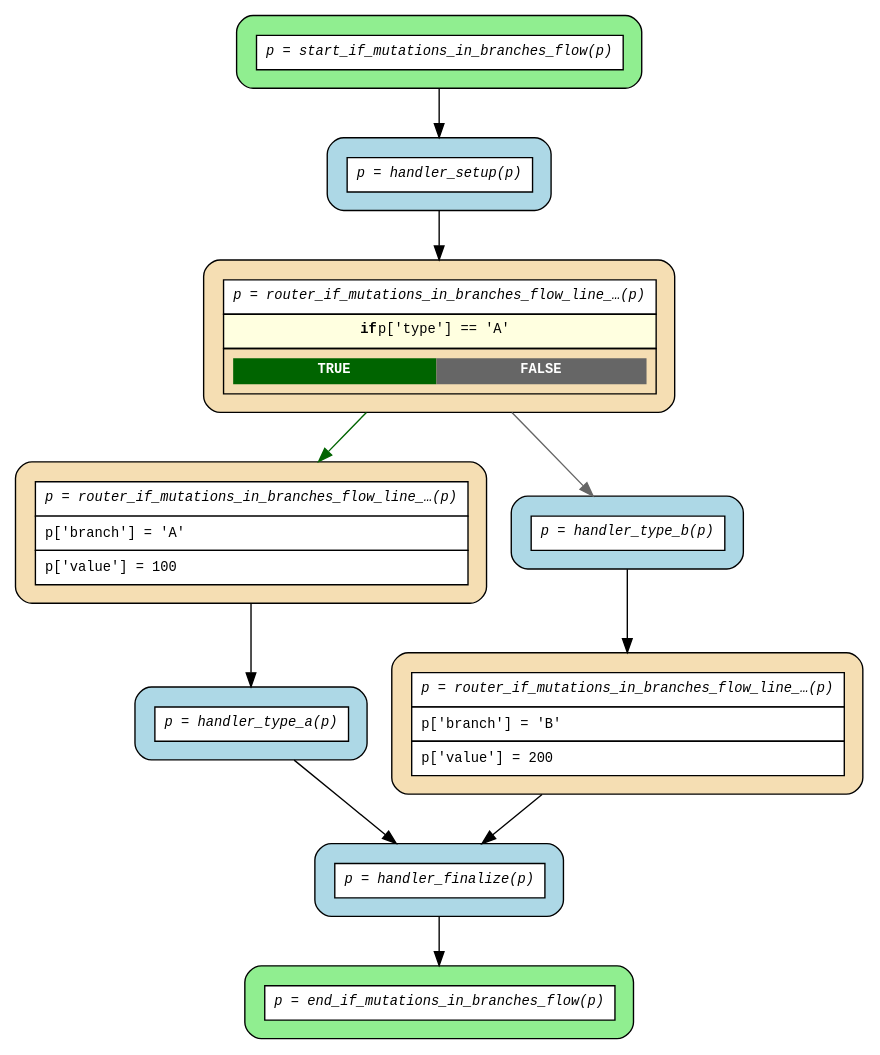
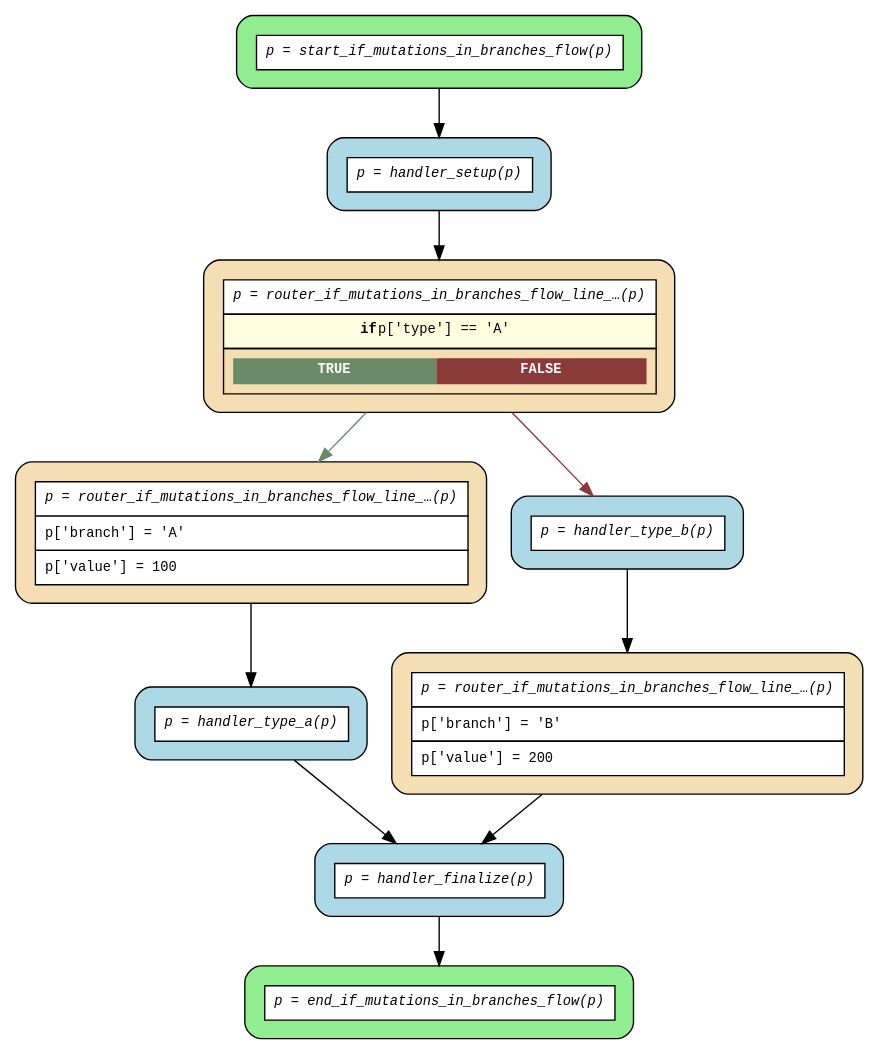
One commit to deliveryhero/asya changed the diagram in examples/flows/compiled/if_mutations_in_branches/flow.dot. Above: the diagram before and after it, drawn with Graphviz. The commit also changed 59 other files, not shown here.

```diff
--- a/examples/flows/compiled/if_mutations_in_branches/flow.dot
+++ b/examples/flows/compiled/if_mutations_in_branches/flow.dot
@@ -1,26 +1,26 @@
 digraph flow {
   rankdir=TB;
   graph [fontname="Courier", fontsize=10];
   node [fontname="Courier", fontsize=10, shape=box, style="filled,rounded", margin="0.2"];
   edge [fontname="Courier", fontsize=10];
 
   start_if_mutations_in_branches_flow [fillcolor="lightgreen", label=<<table border="0" cellspacing="0" cellpadding="6" cellborder="1"><tr><td bgcolor="white" align="center"><i>p = start_if_mutations_in_branches_flow(p)</i></td></tr></table>>];
   router_if_mutations_in_branches_flow_line_11_seq [fillcolor="wheat", label=<<table border="0" cellspacing="0" cellpadding="6" cellborder="1"><tr><td bgcolor="white" align="center"><i>p = router_if_mutations_in_branches_flow_line_…(p)</i></td></tr><tr><td bgcolor="white" align="left">p['branch'] = 'A'</td></tr><tr><td bgcolor="white" align="left">p['value'] = 100</td></tr></table>>];
   router_if_mutations_in_branches_flow_line_16_seq [fillcolor="wheat", label=<<table border="0" cellspacing="0" cellpadding="6" cellborder="1"><tr><td bgcolor="white" align="center"><i>p = router_if_mutations_in_branches_flow_line_…(p)</i></td></tr><tr><td bgcolor="white" align="left">p['branch'] = 'B'</td></tr><tr><td bgcolor="white" align="left">p['value'] = 200</td></tr></table>>];
-  router_if_mutations_in_branches_flow_line_10_if [fillcolor="wheat", label=<<table border="0" cellspacing="0" cellpadding="6" cellborder="1"><tr><td bgcolor="white" align="center"><i>p = router_if_mutations_in_branches_flow_line_…(p)</i></td></tr><tr><td bgcolor="lightyellow"><b>if</b> p['type'] == 'A'</td></tr><tr><td><table border="0" cellspacing="0" cellpadding="4"><tr><td bgcolor="darkgreen"><font color="white"><b>TRUE</b></font></td><td bgcolor="gray40"><font color="white"><b>FALSE</b></font></td></tr></table></td></tr></table>>];
+  router_if_mutations_in_branches_flow_line_10_if [fillcolor="wheat", label=<<table border="0" cellspacing="0" cellpadding="6" cellborder="1"><tr><td bgcolor="white" align="center"><i>p = router_if_mutations_in_branches_flow_line_…(p)</i></td></tr><tr><td bgcolor="lightyellow"><b>if</b> p['type'] == 'A'</td></tr><tr><td><table border="0" cellspacing="0" cellpadding="4"><tr><td bgcolor="darkseagreen4"><font color="white"><b>TRUE</b></font></td><td bgcolor="indianred4"><font color="white"><b>FALSE</b></font></td></tr></table></td></tr></table>>];
   end_if_mutations_in_branches_flow [fillcolor="lightgreen", label=<<table border="0" cellspacing="0" cellpadding="6" cellborder="1"><tr><td bgcolor="white" align="center"><i>p = end_if_mutations_in_branches_flow(p)</i></td></tr></table>>];
   handler_finalize [fillcolor="lightblue", label=<<table border="0" cellspacing="0" cellpadding="6" cellborder="1"><tr><td bgcolor="white" align="center"><i>p = handler_finalize(p)</i></td></tr></table>>];
   handler_setup [fillcolor="lightblue", label=<<table border="0" cellspacing="0" cellpadding="6" cellborder="1"><tr><td bgcolor="white" align="center"><i>p = handler_setup(p)</i></td></tr></table>>];
   handler_type_a [fillcolor="lightblue", label=<<table border="0" cellspacing="0" cellpadding="6" cellborder="1"><tr><td bgcolor="white" align="center"><i>p = handler_type_a(p)</i></td></tr></table>>];
   handler_type_b [fillcolor="lightblue", label=<<table border="0" cellspacing="0" cellpadding="6" cellborder="1"><tr><td bgcolor="white" align="center"><i>p = handler_type_b(p)</i></td></tr></table>>];
 
   handler_finalize -> end_if_mutations_in_branches_flow;
   handler_setup -> router_if_mutations_in_branches_flow_line_10_if;
   handler_type_a -> handler_finalize;
   handler_type_b -> router_if_mutations_in_branches_flow_line_16_seq;
-  router_if_mutations_in_branches_flow_line_10_if -> handler_type_b [color=gray40];
-  router_if_mutations_in_branches_flow_line_10_if -> router_if_mutations_in_branches_flow_line_11_seq [color=darkgreen];
+  router_if_mutations_in_branches_flow_line_10_if -> handler_type_b [color=indianred4];
+  router_if_mutations_in_branches_flow_line_10_if -> router_if_mutations_in_branches_flow_line_11_seq [color=darkseagreen4];
   router_if_mutations_in_branches_flow_line_11_seq -> handler_type_a;
   router_if_mutations_in_branches_flow_line_16_seq -> handler_finalize;
   start_if_mutations_in_branches_flow -> handler_setup;
 }
```
